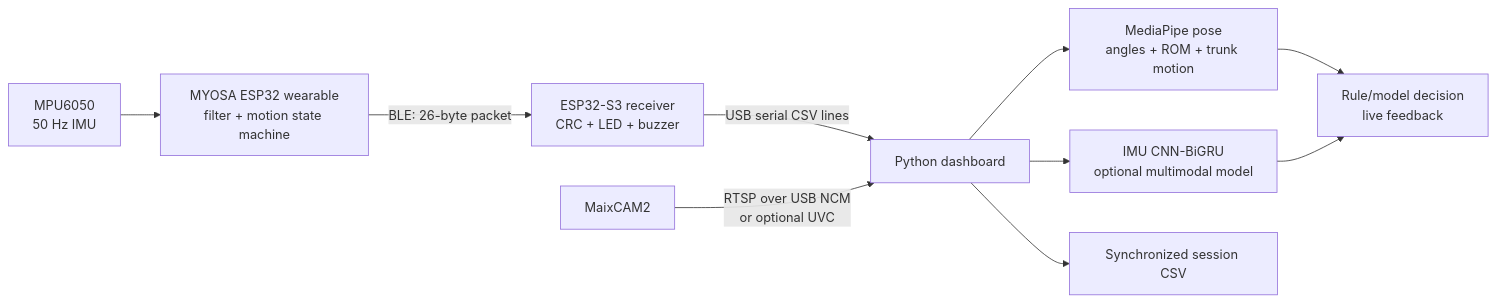
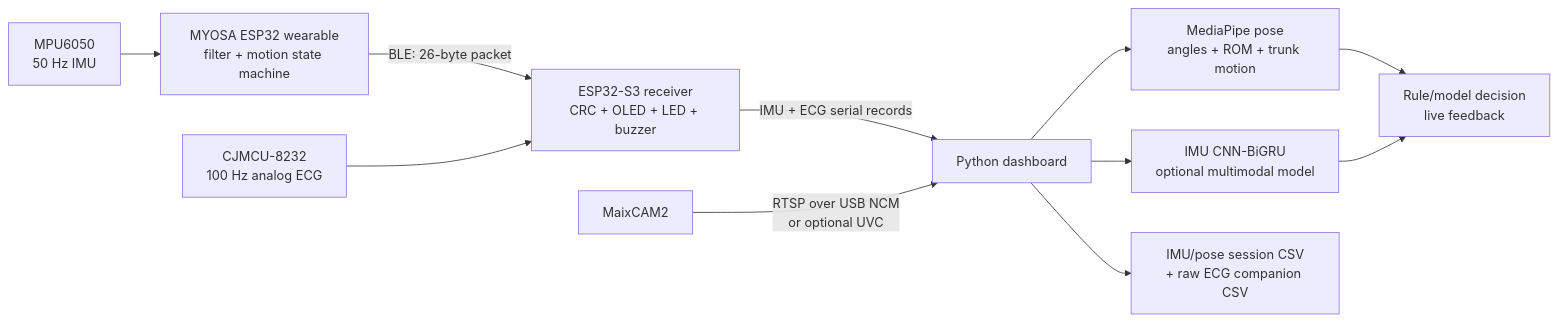
One commit to ydh0411/lite-rehab-mvp changed the diagram in README.md. Above: the diagram before and after it, drawn with Mermaid. The commit also changed other lines of this file and 4 other files, not shown here.

Commit message:
docs: add receiver ECG and OLED wiring

````diff
--- a/README.md
+++ b/README.md
@@ -50,12 +51,13 @@
 ```mermaid
 flowchart LR
     MPU["MPU6050<br/>50 Hz IMU"] --> WEAR["MYOSA ESP32 wearable<br/>filter + motion state machine"]
-    WEAR -->|"BLE: 26-byte packet"| RECV["ESP32-S3 receiver<br/>CRC + LED + buzzer"]
-    RECV -->|"USB serial CSV lines"| DASH["Python dashboard"]
+    WEAR -->|"BLE: 26-byte packet"| RECV["ESP32-S3 receiver<br/>CRC + OLED + LED + buzzer"]
+    ECG["CJMCU-8232<br/>100 Hz analog ECG"] --> RECV
+    RECV -->|"IMU + ECG serial records"| DASH["Python dashboard"]
     CAM["MaixCAM2"] -->|"RTSP over USB NCM<br/>or optional UVC"| DASH
     DASH --> POSE["MediaPipe pose<br/>angles + ROM + trunk motion"]
     DASH --> MODEL["IMU CNN-BiGRU<br/>optional multimodal model"]
     POSE --> FUSE["Rule/model decision<br/>live feedback"]
     MODEL --> FUSE
-    DASH --> LOG["Synchronized session CSV"]
+    DASH --> LOG["IMU/pose session CSV<br/>+ raw ECG companion CSV"]
 ```
````
